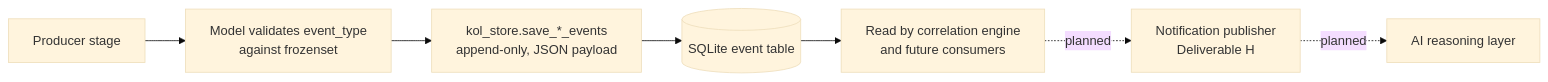
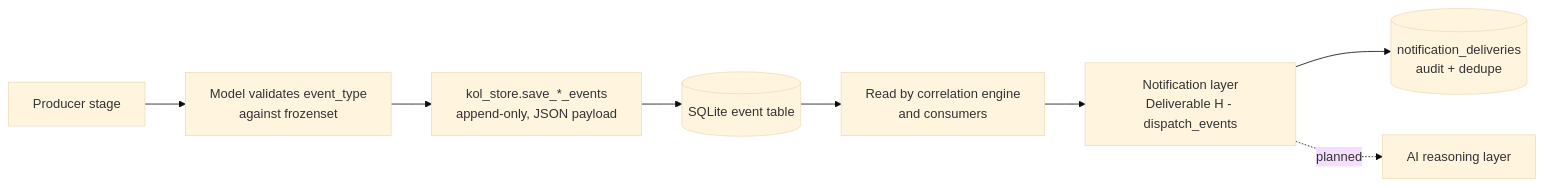
One commit to bqlekan/robinhood-rug-analyzer changed the third of 4 diagrams in docs/ARCHITECTURE.md. Above: the diagram before and after it, drawn with Mermaid (base theme). The commit also changed other lines of this file and 6 other files, not shown here.

Commit message:
M23 Deliverable H – Notification Delivery Layer

````diff
--- a/docs/ARCHITECTURE.md
+++ b/docs/ARCHITECTURE.md
@@ -410,9 +420,10 @@
 ```mermaid
 flowchart LR
     P[Producer stage] --> V[Model validates event_type<br/>against frozenset]
     V --> S[kol_store.save_*_events<br/>append-only, JSON payload]
     S --> T[(SQLite event table)]
-    T --> R[Read by correlation engine<br/>and future consumers]
-    R -. planned .-> N[Notification publisher<br/>Deliverable H]
+    T --> R[Read by correlation engine<br/>and consumers]
+    R --> N[Notification layer<br/>Deliverable H - dispatch_events]
+    N --> D[(notification_deliveries<br/>audit + dedupe)]
     N -. planned .-> AI[AI reasoning layer]
 ```
````
